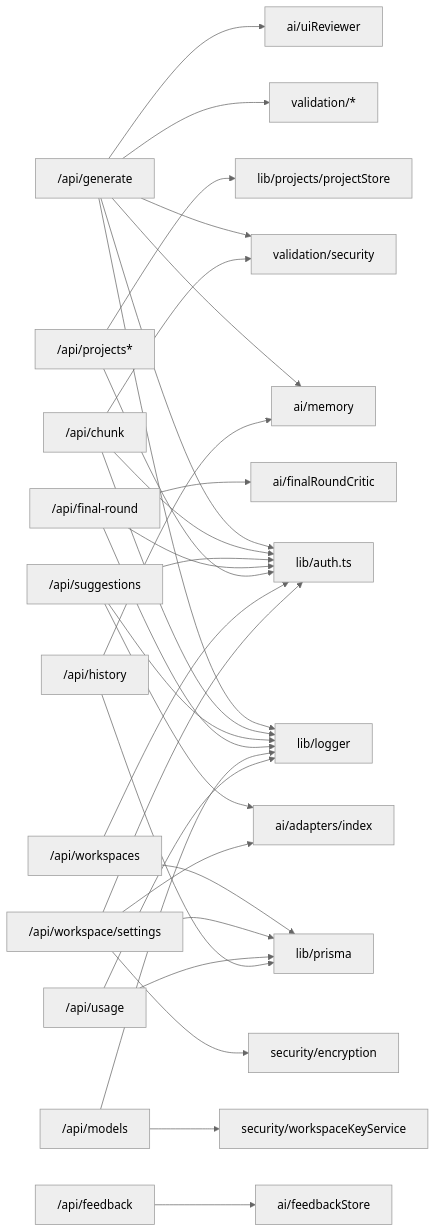
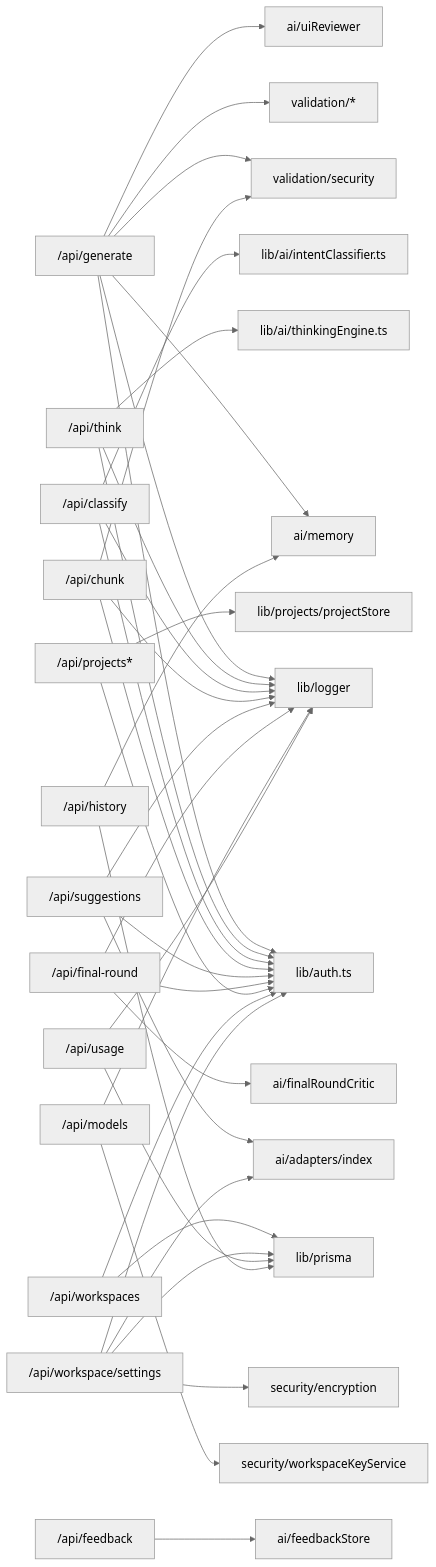
One commit to shekhargiri005-dotcom/AI-powered-accessibility-first-UI-engine changed diagram 16 of 16 in .qoder/repowiki/en/content/Architecture & Design/Layered Architecture/API Layer/API Layer.md. Above: the diagram before and after it, drawn with Mermaid (neutral theme). The commit also changed other lines of this file and 8 other files, not shown here.

````diff
--- a/.qoder/repowiki/en/content/Architecture & Design/Layered Architecture/API Layer/API Layer.md
+++ b/.qoder/repowiki/en/content/Architecture & Design/Layered Architecture/API Layer/API Layer.md
@@ -507,33 +627,39 @@
 ```mermaid
 graph LR
 Gen["/api/generate"] --> Auth["lib/auth.ts"]
 Gen --> Val["validation/*"]
 Gen --> Sec["validation/security"]
 Gen --> Rev["ai/uiReviewer"]
 Gen --> Mem["ai/memory"]
 Gen --> Log["lib/logger"]
+Think["/api/think"] --> Auth
+Think --> Eng["lib/ai/thinkingEngine.ts"]
+Think --> Log
+Classify["/api/classify"] --> Auth
+Classify --> IntClas["lib/ai/intentClassifier.ts"]
+Classify --> Log
 Chunk["/api/chunk"] --> Auth
 Chunk --> Sec
 Chunk --> Log
 Sug["/api/suggestions"] --> Auth
 Sug --> Adp["ai/adapters/index"]
 Sug --> Log
 Final["/api/final-round"] --> Auth
 Final --> Crit["ai/finalRoundCritic"]
 Final --> Log
 Proj["/api/projects*"] --> Auth
 Proj --> ProjStore["lib/projects/projectStore"]
 WS["/api/workspaces"] --> Auth
 WS --> DB["lib/prisma"]
 WSS["/api/workspace/settings"] --> Auth
 WSS --> DB
 WSS --> Enc["security/encryption"]
 WSS --> Adp
 Models["/api/models"] --> KeySvc["security/workspaceKeyService"]
 Models --> Log
 Feed["/api/feedback"] --> FeedStore["ai/feedbackStore"]
 Usage["/api/usage"] --> DB
 Usage --> Log
 Hist["/api/history"] --> DB
 Hist --> Mem
 ```
````
